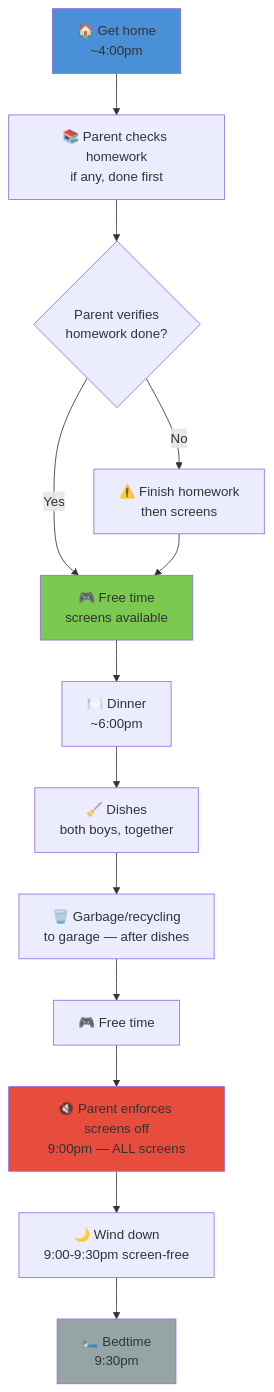
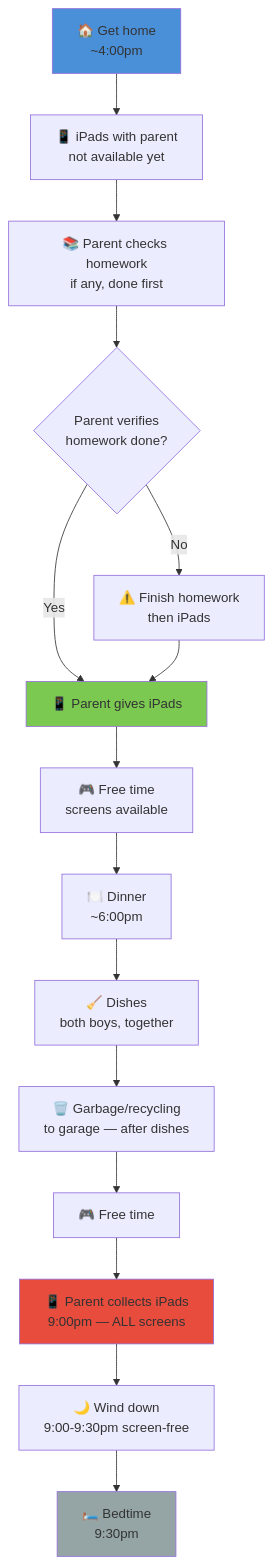
One commit to ajass/technology-reset changed the first of 2 diagrams in day-types/04-school-day.md. Above: the diagram before and after it, drawn with Mermaid. The commit also changed other lines of this file and 8 other files, not shown here.

````diff
--- a/day-types/04-school-day.md
+++ b/day-types/04-school-day.md
@@ -17,20 +17,22 @@
 ```mermaid
 flowchart TD
-    A["🏠 Get home<br/>~4:00pm"] --> B["📚 Parent checks homework<br/>if any, done first"]
+    A["🏠 Get home<br/>~4:00pm"] --> IP["📱 iPads with parent<br/>not available yet"]
+    IP --> B["📚 Parent checks homework<br/>if any, done first"]
     B --> C{"Parent verifies<br/>homework done?"}
-    C -->|Yes| D["🎮 Free time<br/>screens available"]
-    C -->|No| E["⚠️ Finish homework<br/>then screens"]
-    E --> D
+    C -->|Yes| DG["📱 Parent gives iPads"]
+    C -->|No| E["⚠️ Finish homework<br/>then iPads"]
+    E --> DG
+    DG --> D["🎮 Free time<br/>screens available"]
     D --> F["🍽️ Dinner<br/>~6:00pm"]
     F --> H["🧹 Dishes<br/>both boys, together"]
     H --> I["🗑️ Garbage/recycling<br/>to garage — after dishes"]
     I --> J["🎮 Free time"]
-    J --> K["🔇 Parent enforces screens off<br/>9:00pm — ALL screens"]
+    J --> K["📱 Parent collects iPads<br/>9:00pm — ALL screens"]
     K --> L["🌙 Wind down<br/>9:00-9:30pm screen-free"]
     L --> M["🛏️ Bedtime<br/>9:30pm"]
 
     style A fill:#4a90d9
-    style D fill:#7bc950
+    style DG fill:#7bc950
     style K fill:#e74c3c
     style M fill:#95a5a6
 ```
````
